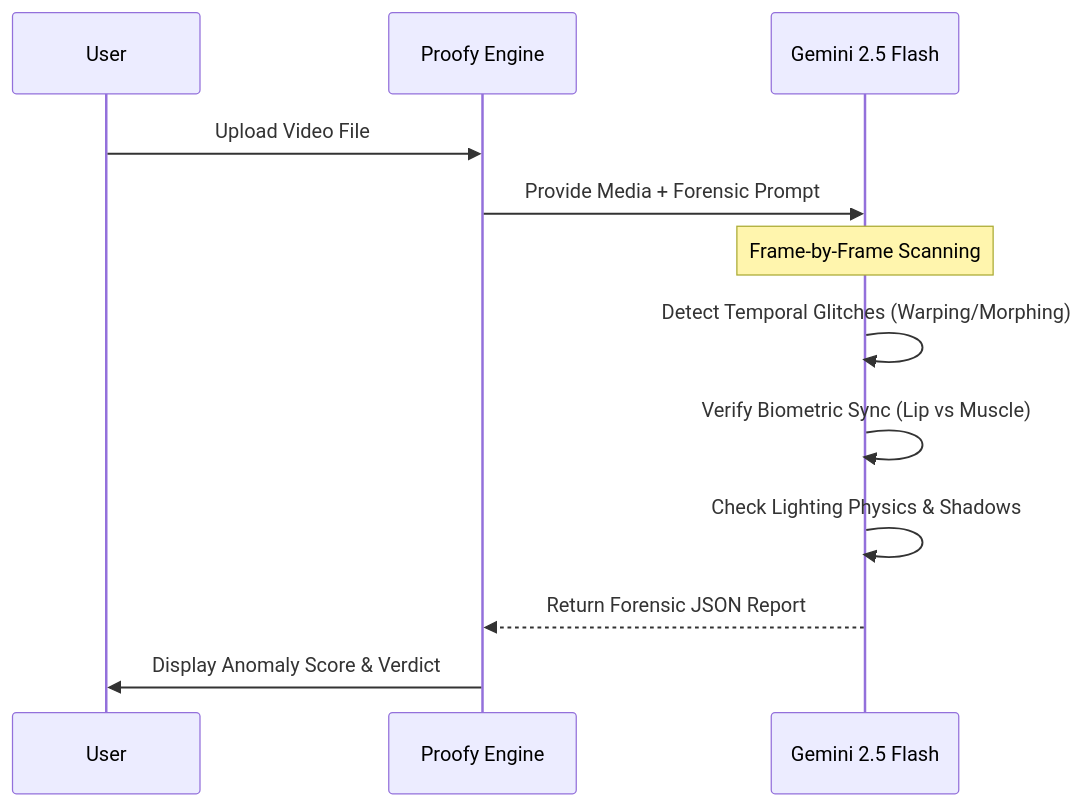
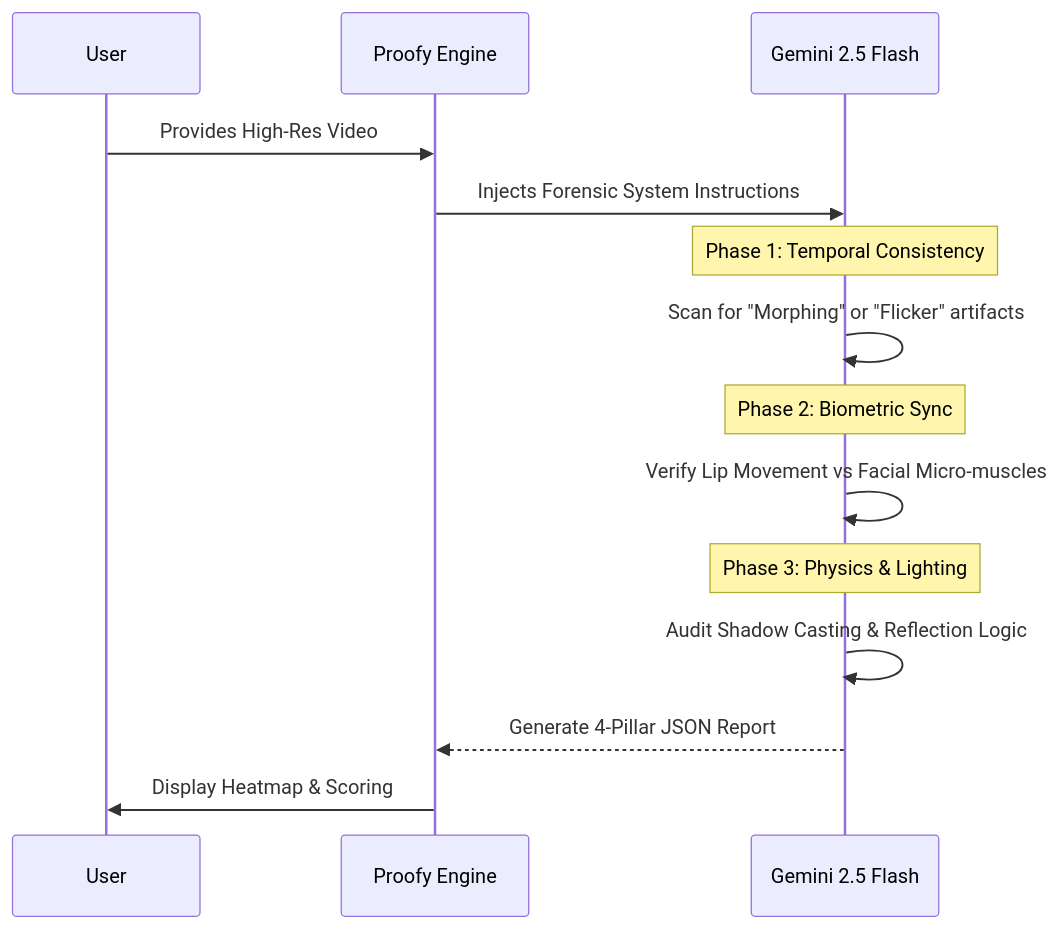
The second of 2 diagrams in README.md (jiviteshreddy44-netizen/proofyyy), drawn with Mermaid before and after one commit. The commit also changed other lines of this file, not shown here.

Commit message:
Ultra-expand README: Deep technical dives, pillar explanations, and architectural advantages

````diff
--- a/README.md
+++ b/README.md
@@ -31,14 +38,16 @@
 ```mermaid
 sequenceDiagram
     participant U as User
     participant P as Proofy Engine
     participant G as Gemini 2.5 Flash
-    U->>P: Upload Video File
-    P->>G: Provide Media + Forensic Prompt
-    Note over G: Frame-by-Frame Scanning
-    G->>G: Detect Temporal Glitches (Warping/Morphing)
-    G->>G: Verify Biometric Sync (Lip vs Muscle)
-    G->>G: Check Lighting Physics & Shadows
-    G-->>P: Return Forensic JSON Report
-    P->>U: Display Anomaly Score & Verdict
+    U->>P: Provides High-Res Video
+    P->>G: Injects Forensic System Instructions
+    Note over G: Phase 1: Temporal Consistency
+    G->>G: Scan for "Morphing" or "Flicker" artifacts
+    Note over G: Phase 2: Biometric Sync
+    G->>G: Verify Lip Movement vs Facial Micro-muscles
+    Note over G: Phase 3: Physics & Lighting
+    G->>G: Audit Shadow Casting & Reflection Logic
+    G-->>P: Generate 4-Pillar JSON Report
+    P->>U: Display Heatmap & Scoring
 ```
````
